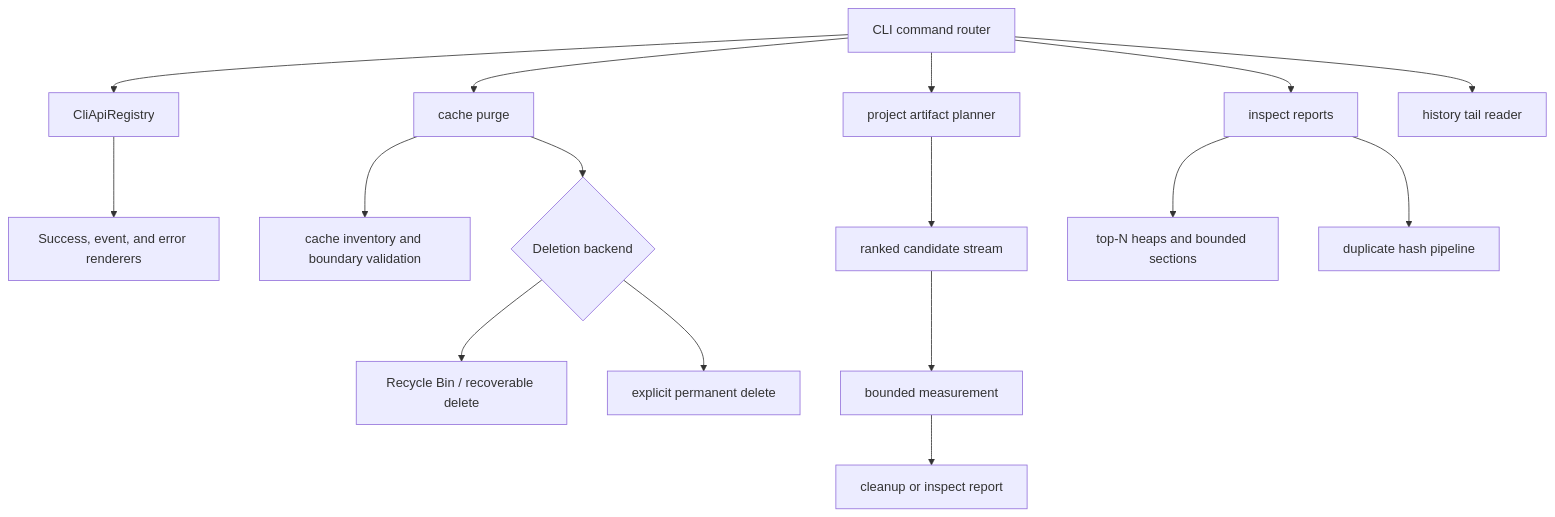
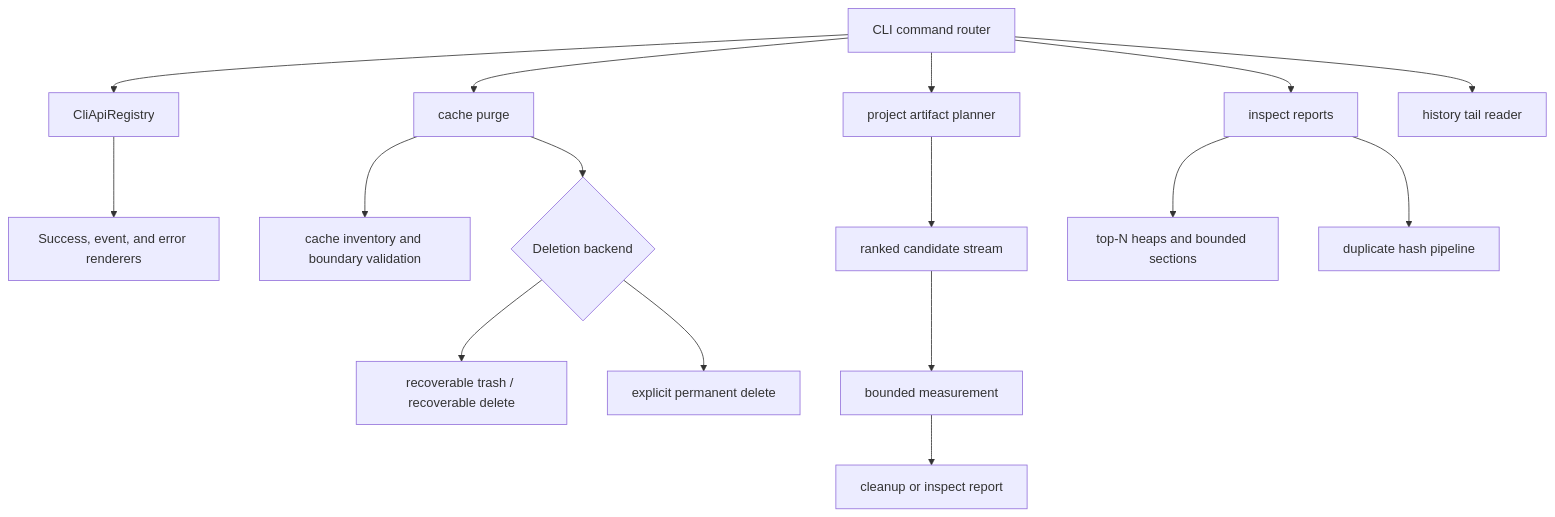
The diagram in docs/plans/2026-06-30-003-refactor-performance-api-hardening-plan.md (Latias94/rebecca), drawn with Mermaid before and after one commit. The commit also changed 67 other files, not shown here.

````diff
--- a/docs/plans/2026-06-30-003-refactor-performance-api-hardening-plan.md
+++ b/docs/plans/2026-06-30-003-refactor-performance-api-hardening-plan.md
@@ -148,18 +148,18 @@
 ```mermaid
 flowchart TB
   CLI[CLI command router] --> Registry[CliApiRegistry]
   Registry --> Output[Success, event, and error renderers]
   CLI --> CacheCommand[cache purge]
   CacheCommand --> CacheCore[cache inventory and boundary validation]
   CacheCommand --> DeleteBackend{Deletion backend}
-  DeleteBackend --> Recoverable[Recycle Bin / recoverable delete]
+  DeleteBackend --> Recoverable[recoverable trash / recoverable delete]
   DeleteBackend --> Permanent[explicit permanent delete]
   CLI --> Planner[project artifact planner]
   Planner --> Ranked[ranked candidate stream]
   Ranked --> BoundedMeasure[bounded measurement]
   BoundedMeasure --> Plan[cleanup or inspect report]
   CLI --> Inspect[inspect reports]
   Inspect --> Heaps[top-N heaps and bounded sections]
   Inspect --> Hashing[duplicate hash pipeline]
   CLI --> History[history tail reader]
 ```
````
